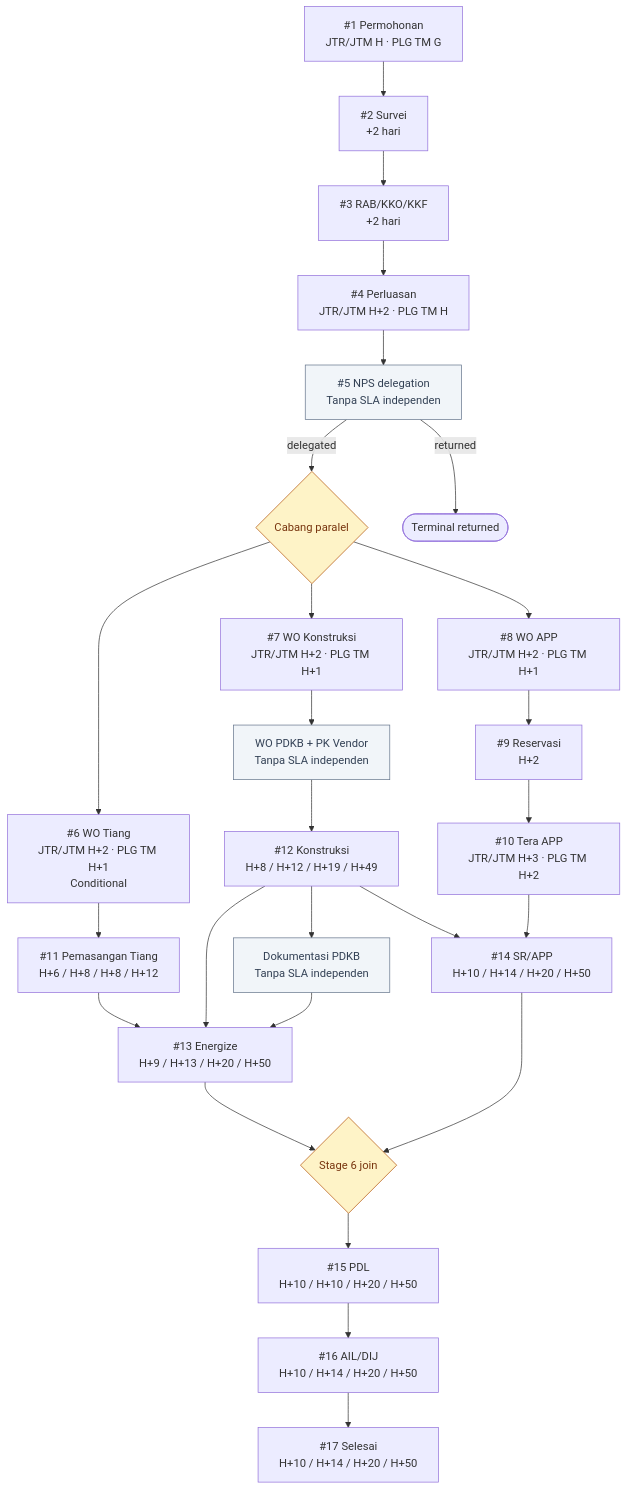
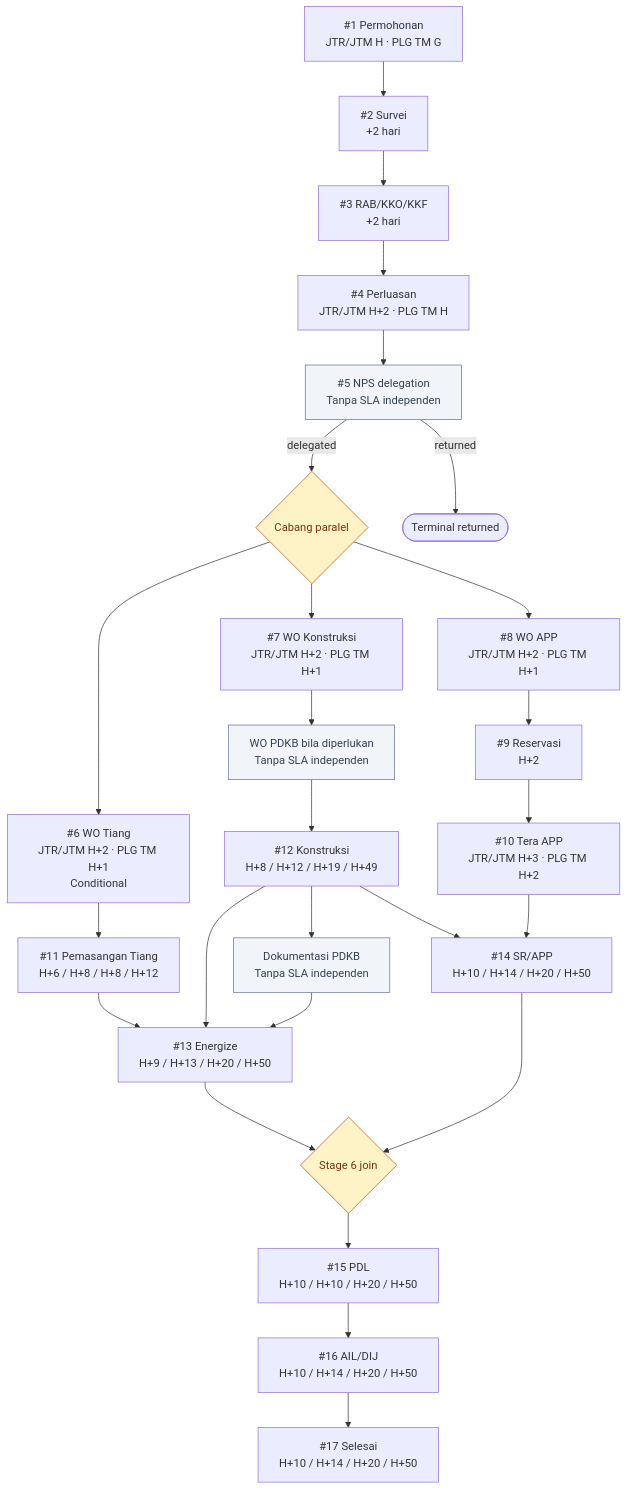
Before and after one commit to pln-colabora/colabora-be: the diagram in docs/architecture/diagrams/10-sla-critical-path.md, drawn with Mermaid. The commit also changed 29 other files, not shown here.

````diff
--- a/docs/architecture/diagrams/10-sla-critical-path.md
+++ b/docs/architecture/diagrams/10-sla-critical-path.md
@@ -9,28 +9,28 @@
 ```mermaid
 flowchart TB
   start["#1 Permohonan<br/>JTR/JTM H · PLG TM G"] --> planning["#2 Survei<br/>+2 hari"] --> rab["#3 RAB/KKO/KKF<br/>+2 hari"] --> expansion["#4 Perluasan<br/>JTR/JTM H+2 · PLG TM H"]
   expansion --> decision["#5 NPS delegation<br/>Tanpa SLA independen"]
 
   decision -->|delegated| parallel_start{"Cabang paralel"}
   decision -->|returned| returned(["Terminal returned"])
   parallel_start --> pole["#6 WO Tiang<br/>JTR/JTM H+2 · PLG TM H+1<br/>Conditional"]
   parallel_start --> construction_wo["#7 WO Konstruksi<br/>JTR/JTM H+2 · PLG TM H+1"]
   parallel_start --> app["#8 WO APP<br/>JTR/JTM H+2 · PLG TM H+1"]
   app --> reserve["#9 Reservasi<br/>H+2"] --> tera["#10 Tera APP<br/>JTR/JTM H+3 · PLG TM H+2"]
   pole --> install_pole["#11 Pemasangan Tiang<br/>H+6 / H+8 / H+8 / H+12"]
-  construction_wo --> support["WO PDKB + PK Vendor<br/>Tanpa SLA independen"] --> construction["#12 Konstruksi<br/>H+8 / H+12 / H+19 / H+49"]
+  construction_wo --> support["WO PDKB bila diperlukan<br/>Tanpa SLA independen"] --> construction["#12 Konstruksi<br/>H+8 / H+12 / H+19 / H+49"]
   construction --> pdkb["Dokumentasi PDKB<br/>Tanpa SLA independen"]
   install_pole --> energize["#13 Energize<br/>H+9 / H+13 / H+20 / H+50"]
   construction --> energize
   pdkb --> energize
   construction --> srapp["#14 SR/APP<br/>H+10 / H+14 / H+20 / H+50"]
   tera --> srapp
   energize --> join{"Stage 6 join"}
   srapp --> join
   join --> pdl["#15 PDL<br/>H+10 / H+10 / H+20 / H+50"] --> ail["#16 AIL/DIJ<br/>H+10 / H+14 / H+20 / H+50"] --> done["#17 Selesai<br/>H+10 / H+14 / H+20 / H+50"]
 
   classDef noSla fill:#f1f5f9,stroke:#64748b,color:#334155
   classDef join fill:#fef3c7,stroke:#b45309,color:#78350f
   class decision,support,pdkb noSla
   class parallel_start,join join
 ```
````
